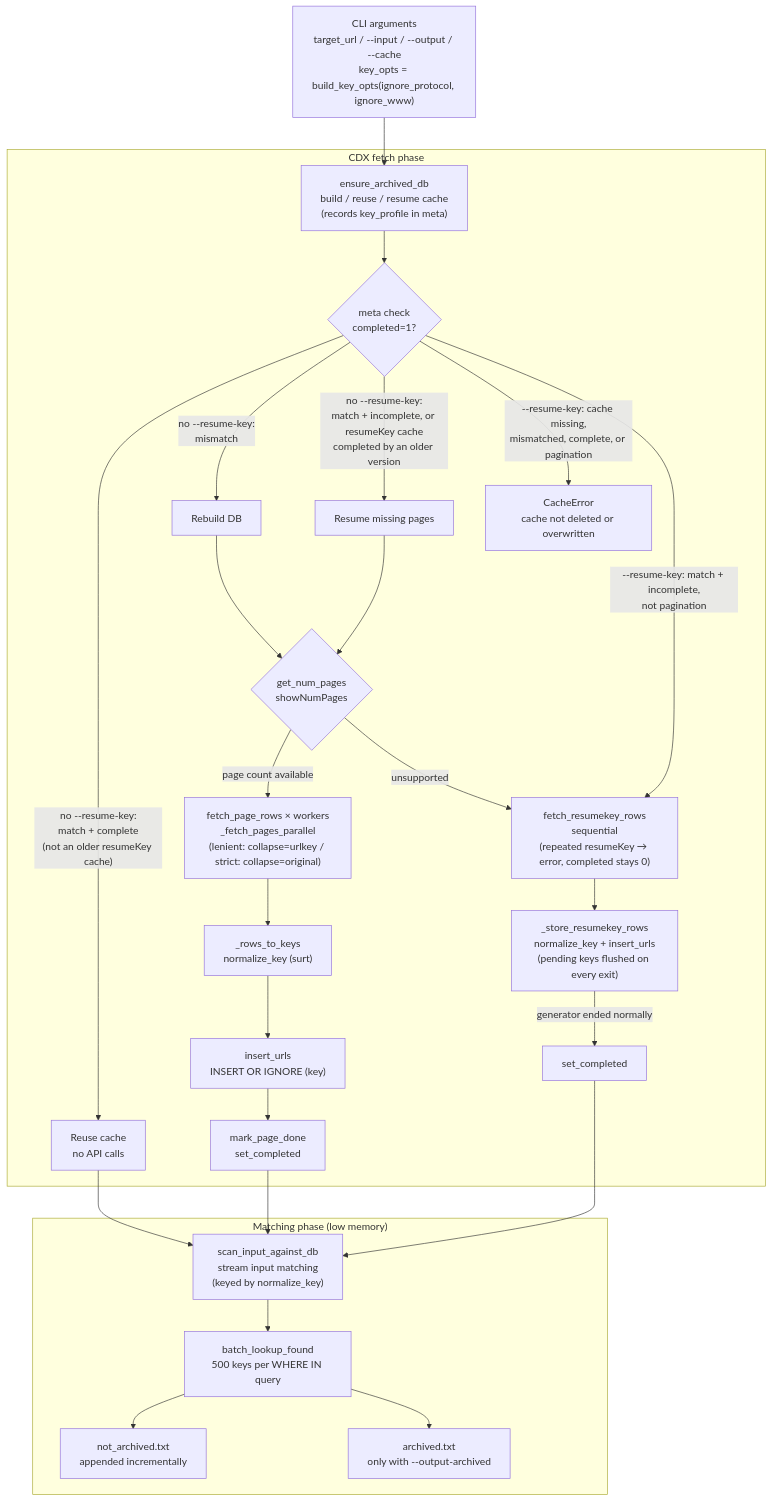
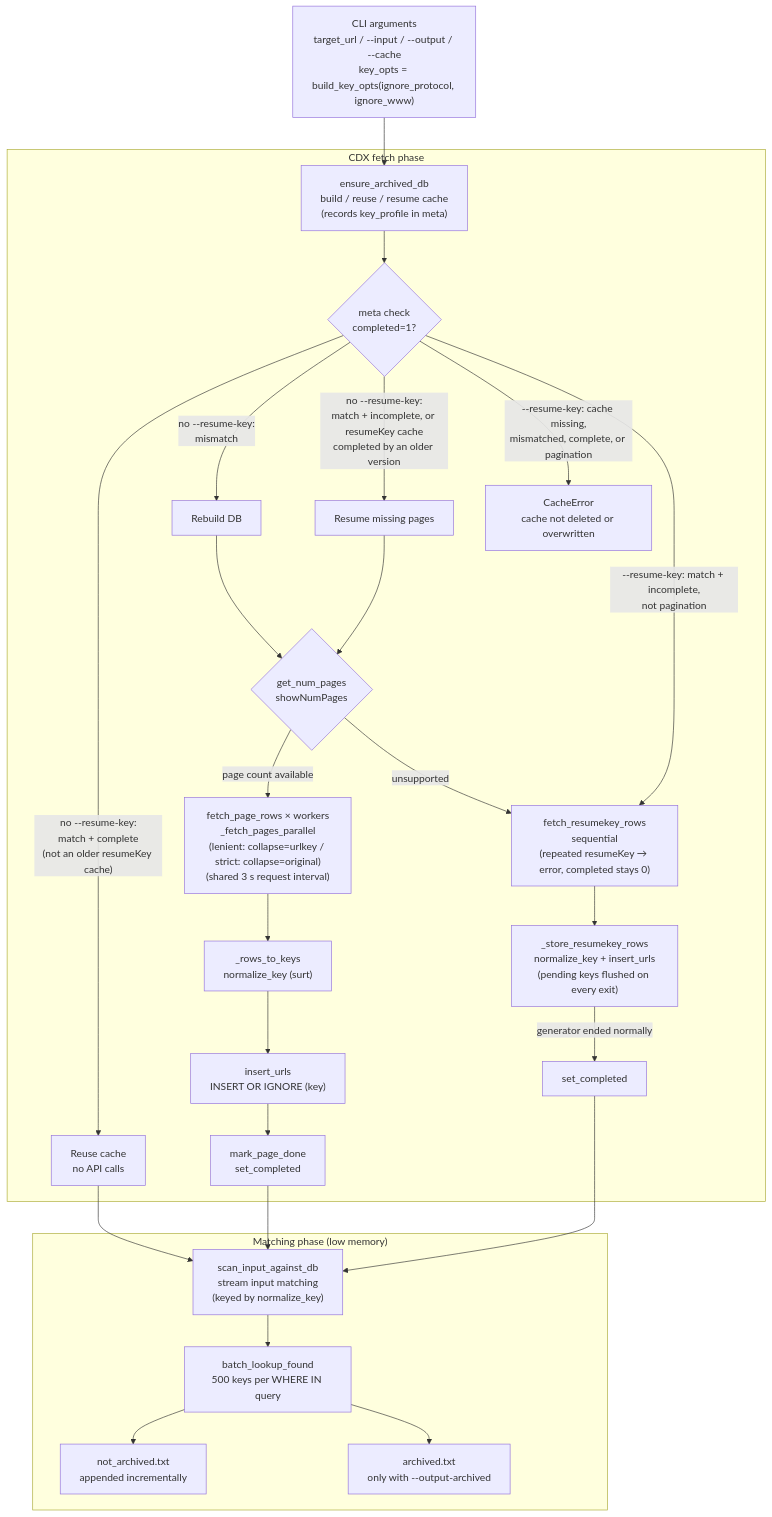
The diagram in ARCHITECTURE.md (abhinavrastogi2627/wayback-gap-detector), drawn with Mermaid before and after one commit. The commit also changed other lines of this file and 4 other files, not shown here.

````diff
--- a/ARCHITECTURE.md
+++ b/ARCHITECTURE.md
@@ -19,32 +19,32 @@
 ```mermaid
 flowchart TD
     CLI["CLI arguments\ntarget_url / --input / --output / --cache\nkey_opts = build_key_opts(ignore_protocol, ignore_www)"] --> ENSURE["ensure_archived_db\nbuild / reuse / resume cache\n(records key_profile in meta)"]
 
     subgraph FETCH["CDX fetch phase"]
         ENSURE --> META{"meta check\ncompleted=1?"}
         META -- "no --resume-key:\nmatch + complete\n(not an older resumeKey cache)" --> REUSE["Reuse cache\nno API calls"]
         META -- "no --resume-key:\nmismatch" --> REBUILD["Rebuild DB"]
         META -- "no --resume-key:\nmatch + incomplete, or resumeKey cache\ncompleted by an older version" --> RESUME["Resume missing pages"]
         META -- "--resume-key: cache missing,\nmismatched, complete, or pagination" --> REJECT["CacheError\ncache not deleted or overwritten"]
         META -- "--resume-key: match + incomplete,\nnot pagination" --> SEQ
         REBUILD --> NUM{"get_num_pages\nshowNumPages"}
         RESUME --> NUM
-        NUM -- "page count available" --> PAR["fetch_page_rows × workers\n_fetch_pages_parallel\n(lenient: collapse=urlkey / strict: collapse=original)"]
+        NUM -- "page count available" --> PAR["fetch_page_rows × workers\n_fetch_pages_parallel\n(lenient: collapse=urlkey / strict: collapse=original)\n(shared 3 s request interval)"]
         NUM -- "unsupported" --> SEQ["fetch_resumekey_rows\nsequential\n(repeated resumeKey → error, completed stays 0)"]
         PAR --> NORM["_rows_to_keys\nnormalize_key (surt)"]
         NORM --> INS["insert_urls\nINSERT OR IGNORE (key)"]
         INS --> DONE_PAGES["mark_page_done\nset_completed"]
         SEQ --> STORE["_store_resumekey_rows\nnormalize_key + insert_urls\n(pending keys flushed on every exit)"]
         STORE -- "generator ended normally" --> SEQ_DONE["set_completed"]
     end
 
     REUSE --> SCAN["scan_input_against_db\nstream input matching\n(keyed by normalize_key)"]
     DONE_PAGES --> SCAN
     SEQ_DONE --> SCAN
 
     subgraph CHECK["Matching phase (low memory)"]
         SCAN --> BATCH["batch_lookup_found\n500 keys per WHERE IN query"]
         BATCH --> W1["not_archived.txt\nappended incrementally"]
         BATCH --> W2["archived.txt\nonly with --output-archived"]
     end
 ```
````
